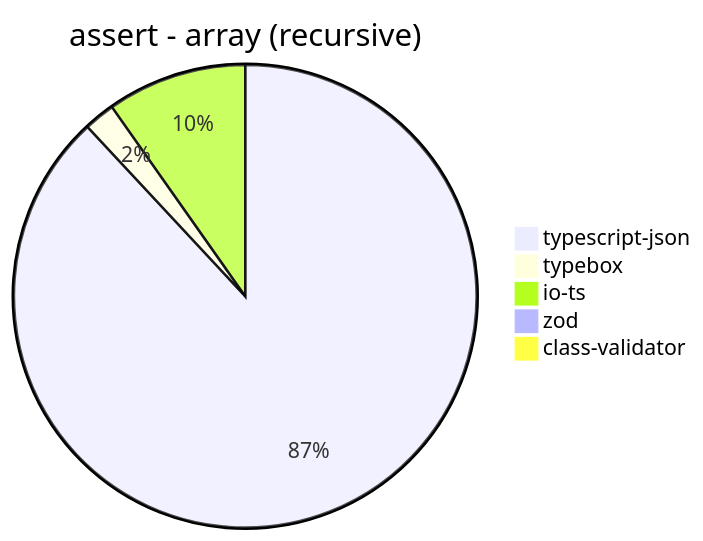
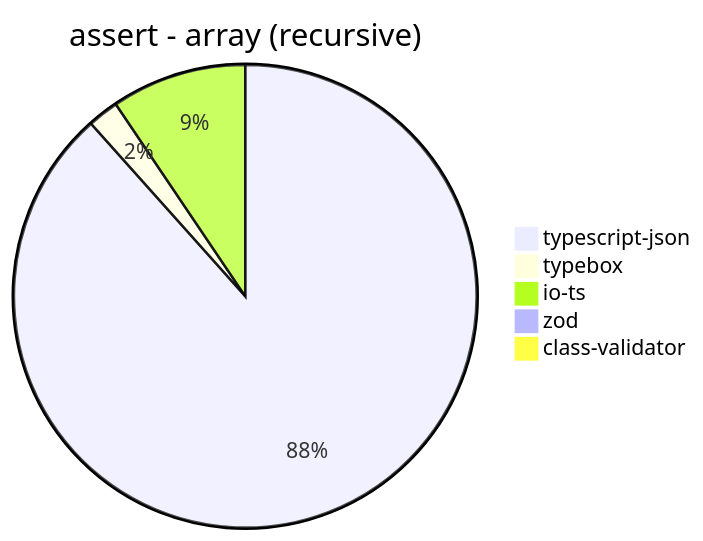
Before and after one commit to samchon/typia: diagram 13 of 39 in benchmark/results/AMD Ryzen 9 5900HX with Radeon Graphics.md, drawn with Mermaid. The commit also changed other lines of this file and 3 other files, not shown here.

````diff
--- a/benchmark/results/AMD Ryzen 9 5900HX with Radeon Graphics.md
+++ b/benchmark/results/AMD Ryzen 9 5900HX with Radeon Graphics.md
@@ -166,8 +166,8 @@
 ```mermaid
 pie title assert - array (recursive)
-  "typescript-json": 1671.1762495302517
-  "typebox": 41.171088746569076
-  "io-ts": 185.30001823819077
-  "zod": 9.846619958341224
-  "class-validator": 4.161937192584185
+  "typescript-json": 1707.052108267354
+  "typebox": 41.85103244837758
+  "io-ts": 182.28217280349983
+  "zod": 9.69968289498228
+  "class-validator": 3.986332574031891
 ```
````
